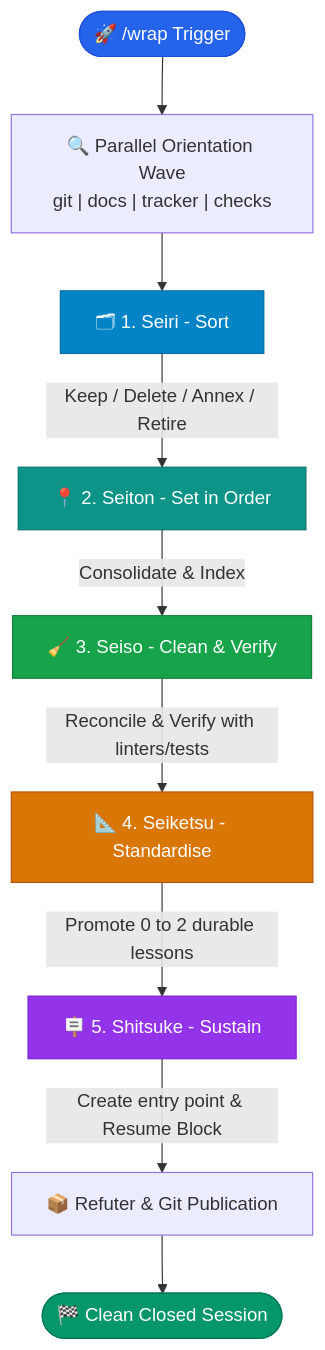
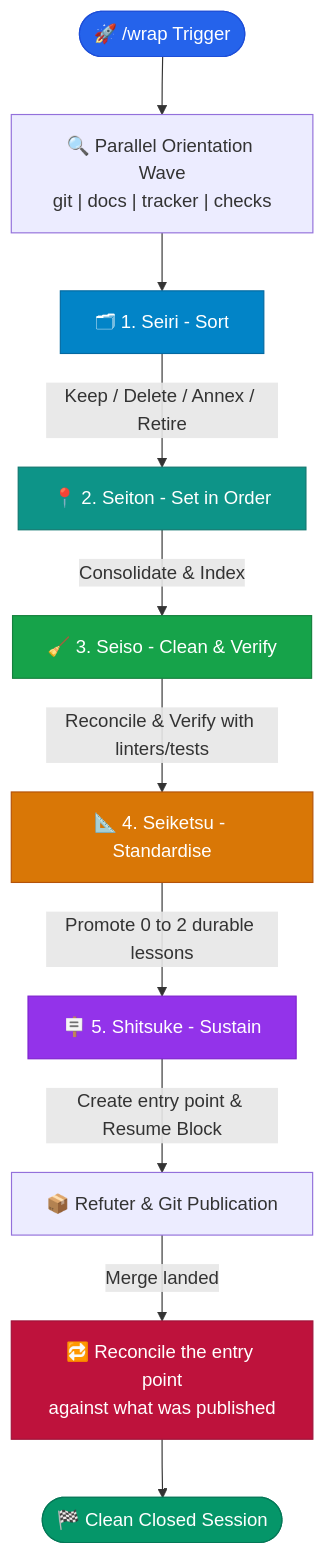
One commit to bastien-gallay/wrap changed the diagram in docs/infographic.md. Above: the diagram before and after it, drawn with Mermaid. The commit also changed other lines of this file and 8 other files, not shown here.

````diff
--- a/docs/infographic.md
+++ b/docs/infographic.md
@@ -27,23 +27,26 @@
 ```mermaid
 flowchart TD
     Start(["🚀 /wrap Trigger"]) --> Wave["🔍 Parallel Orientation Wave\ngit | docs | tracker | checks"]
     
     Wave --> S1[🗂 1. Seiri - Sort]
     S1 -->|Keep / Delete / Annex / Retire| S2[📍 2. Seiton - Set in Order]
     
     S2 -->|Consolidate & Index| S3[🧹 3. Seiso - Clean & Verify]
     S3 -->|Reconcile & Verify with linters/tests| S4[📐 4. Seiketsu - Standardise]
     
     S4 -->|Promote 0 to 2 durable lessons| S5[🪧 5. Shitsuke - Sustain]
     S5 -->|Create entry point & Resume Block| Pub[📦 Refuter & Git Publication]
     
-    Pub --> End([🏁 Clean Closed Session])
+    Pub -->|Merge landed| Rec[🔁 Reconcile the entry point
+against what was published]
+    Rec --> End([🏁 Clean Closed Session])
 
     style Start fill:#2563eb,color:#fff,stroke:#1d4ed8
     style S1 fill:#0284c7,color:#fff,stroke:#0369a1
     style S2 fill:#0d9488,color:#fff,stroke:#0f766e
     style S3 fill:#16a34a,color:#fff,stroke:#15803d
     style S4 fill:#d97706,color:#fff,stroke:#b45309
     style S5 fill:#9333ea,color:#fff,stroke:#7e22ce
+    style Rec fill:#be123c,color:#fff,stroke:#9f1239
     style End fill:#059669,color:#fff,stroke:#047857
 ```
````
